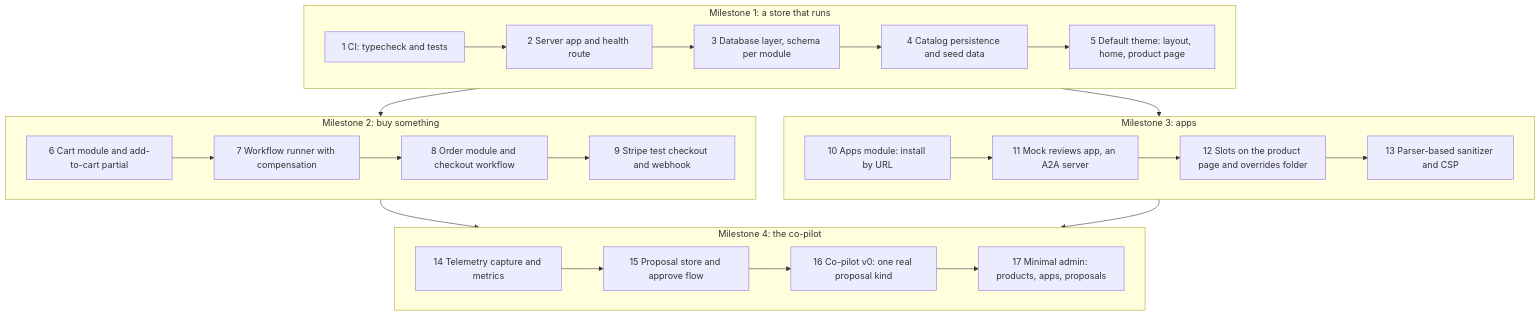
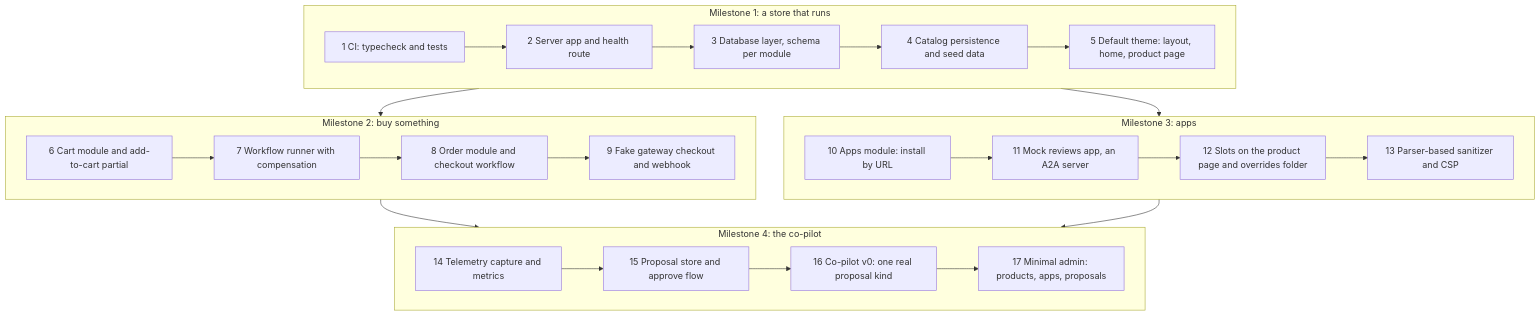
Before and after one commit to the-market-org/the-market: the second of 2 diagrams in docs/plans/2026-11-15-prototype-roadmap.md, drawn with Mermaid. The commit also changed other lines of this file and 3 other files, not shown here.

Commit message:
Record owner decisions: OpenRouter, Prisma 6.19.3, fake payment gateway

````diff
--- a/docs/plans/2026-11-15-prototype-roadmap.md
+++ b/docs/plans/2026-11-15-prototype-roadmap.md
@@ -22,34 +22,34 @@
 ```mermaid
 flowchart TB
     subgraph M1[Milestone 1: a store that runs]
         P1[1 CI: typecheck and tests] --> P2[2 Server app and health route]
         P2 --> P3[3 Database layer, schema per module]
         P3 --> P4[4 Catalog persistence and seed data]
         P4 --> P5[5 Default theme: layout, home, product page]
     end
     subgraph M2[Milestone 2: buy something]
         P6[6 Cart module and add-to-cart partial]
         P7[7 Workflow runner with compensation]
         P8[8 Order module and checkout workflow]
-        P9[9 Stripe test checkout and webhook]
+        P9[9 Fake gateway checkout and webhook]
         P6 --> P7 --> P8 --> P9
     end
     subgraph M3[Milestone 3: apps]
         P10[10 Apps module: install by URL]
         P11[11 Mock reviews app, an A2A server]
         P12[12 Slots on the product page and overrides folder]
         P13[13 Parser-based sanitizer and CSP]
         P10 --> P11 --> P12 --> P13
     end
     subgraph M4[Milestone 4: the co-pilot]
         P14[14 Telemetry capture and metrics]
         P15[15 Proposal store and approve flow]
         P16[16 Co-pilot v0: one real proposal kind]
         P17[17 Minimal admin: products, apps, proposals]
         P14 --> P15 --> P16 --> P17
     end
     M1 --> M2
     M1 --> M3
     M2 --> M4
     M3 --> M4
 ```
````
